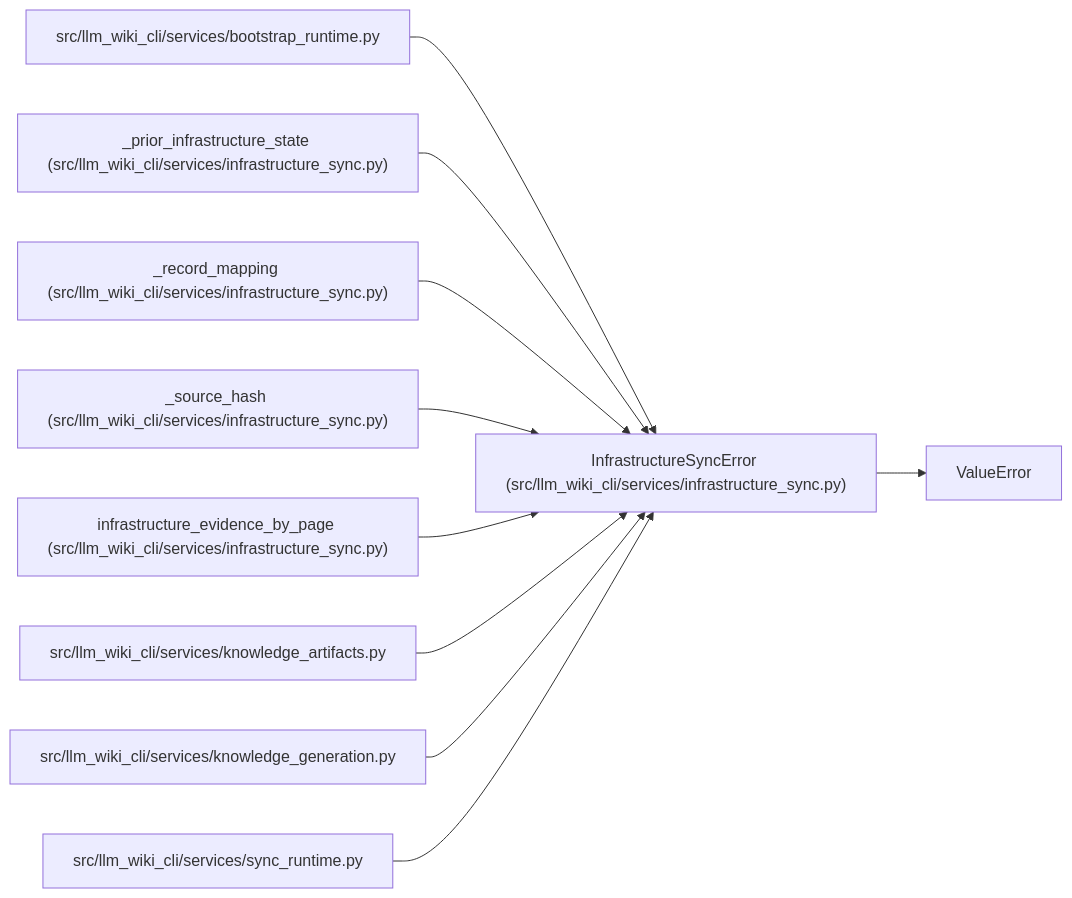
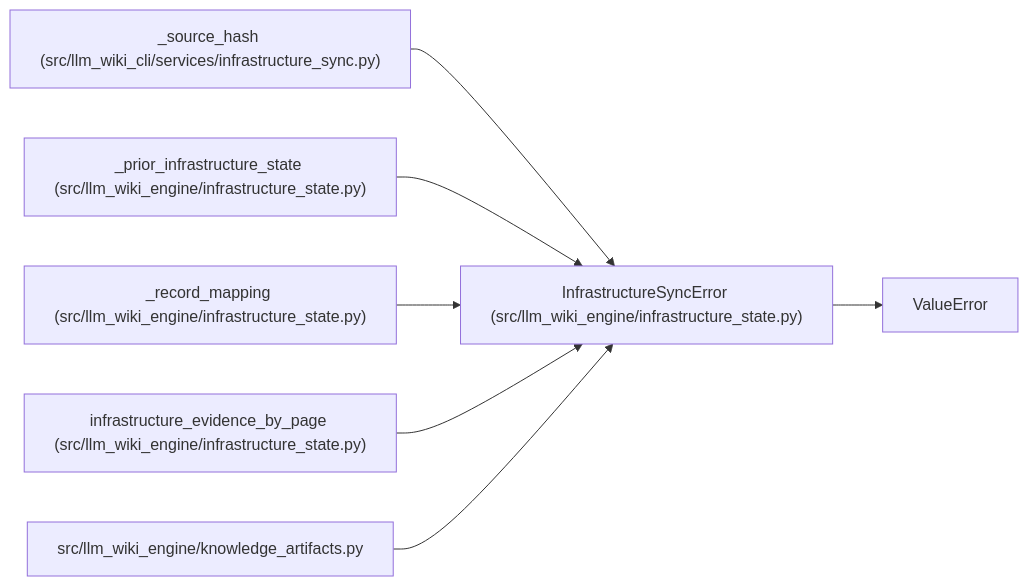
Before and after one commit to Denissvgn/python-wiki-llm: the diagram in docs/llm_wiki/entities/InfrastructureSyncError.md, drawn with Mermaid. The commit also changed other lines of this file and 1058 other files, not shown here.

First line of the commit message:
docs: refresh the wiki for the knowledge store move

````diff
--- a/docs/llm_wiki/entities/InfrastructureSyncError.md
+++ b/docs/llm_wiki/entities/InfrastructureSyncError.md
@@ -23,31 +23,22 @@
 ```mermaid
 flowchart LR
-    n0["InfrastructureSyncError (src/llm_wiki_cli/services/infrastructure_sync.py)"]
+    n0["InfrastructureSyncError (src/llm_wiki_engine/infrastructure_state.py)"]
     n1["ValueError"]
-    n2["src/llm_wiki_cli/services/bootstrap_runtime.py"]
-    n3["_prior_infrastructure_state (src/llm_wiki_cli/services/infrastructure_sync.py)"]
-    n4["_record_mapping (src/llm_wiki_cli/services/infrastructure_sync.py)"]
-    n5["_source_hash (src/llm_wiki_cli/services/infrastructure_sync.py)"]
-    n6["infrastructure_evidence_by_page (src/llm_wiki_cli/services/infrastructure_sync.py)"]
-    n7["src/llm_wiki_cli/services/knowledge_artifacts.py"]
-    n8["src/llm_wiki_cli/services/knowledge_generation.py"]
-    n9["src/llm_wiki_cli/services/sync_runtime.py"]
+    n2["_source_hash (src/llm_wiki_cli/services/infrastructure_sync.py)"]
+    n3["_prior_infrastructure_state (src/llm_wiki_engine/infrastructure_state.py)"]
+    n4["_record_mapping (src/llm_wiki_engine/infrastructure_state.py)"]
+    n5["infrastructure_evidence_by_page (src/llm_wiki_engine/infrastructure_state.py)"]
+    n6["src/llm_wiki_engine/knowledge_artifacts.py"]
     n0 --> n1
     n2 --> n0
     n3 --> n0
     n4 --> n0
     n5 --> n0
     n6 --> n0
-    n7 --> n0
-    n8 --> n0
-    n9 --> n0
-    click n0 "../modules/infrastructure_sync.md"
-    click n2 "../modules/bootstrap_runtime.md"
-    click n3 "../modules/infrastructure_sync.md"
-    click n4 "../modules/infrastructure_sync.md"
-    click n5 "../modules/infrastructure_sync.md"
-    click n6 "../modules/infrastructure_sync.md"
-    click n7 "../modules/knowledge_artifacts.md"
-    click n8 "../modules/knowledge_generation.md"
-    click n9 "../modules/sync_runtime.md"
+    click n0 "../modules/infrastructure_state.md"
+    click n2 "../modules/infrastructure_sync.md"
+    click n3 "../modules/infrastructure_state.md"
+    click n4 "../modules/infrastructure_state.md"
+    click n5 "../modules/infrastructure_state.md"
+    click n6 "../modules/knowledge_artifacts.md"
 ```
````
